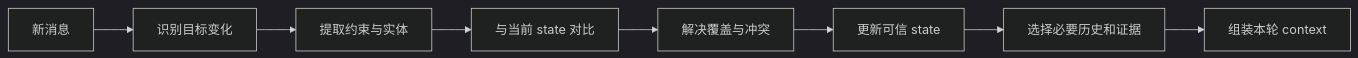
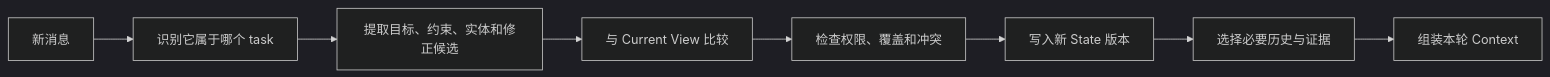
The diagram in context-engineering/10-conversation-context.md (nowhere-man/agents-from-scratch), drawn with Mermaid (dark theme) before and after one commit. The commit also changed other lines of this file and 12 other files, not shown here.

````diff
--- a/context-engineering/10-conversation-context.md
+++ b/context-engineering/10-conversation-context.md
@@ -61,10 +144,10 @@
 ```mermaid
 flowchart LR
-    A["新消息"] --> B["识别目标变化"]
-    B --> C["提取约束与实体"]
-    C --> D["与当前 state 对比"]
-    D --> E["解决覆盖与冲突"]
-    E --> F["更新可信 state"]
-    F --> G["选择必要历史和证据"]
-    G --> H["组装本轮 context"]
+    A["新消息"] --> B["识别它属于哪个 task"]
+    B --> C["提取目标、约束、实体和修正候选"]
+    C --> D["与 Current View 比较"]
+    D --> E["检查权限、覆盖和冲突"]
+    E --> F["写入新 State 版本"]
+    F --> G["选择必要历史与证据"]
+    G --> H["组装本轮 Context"]
 ```
````
